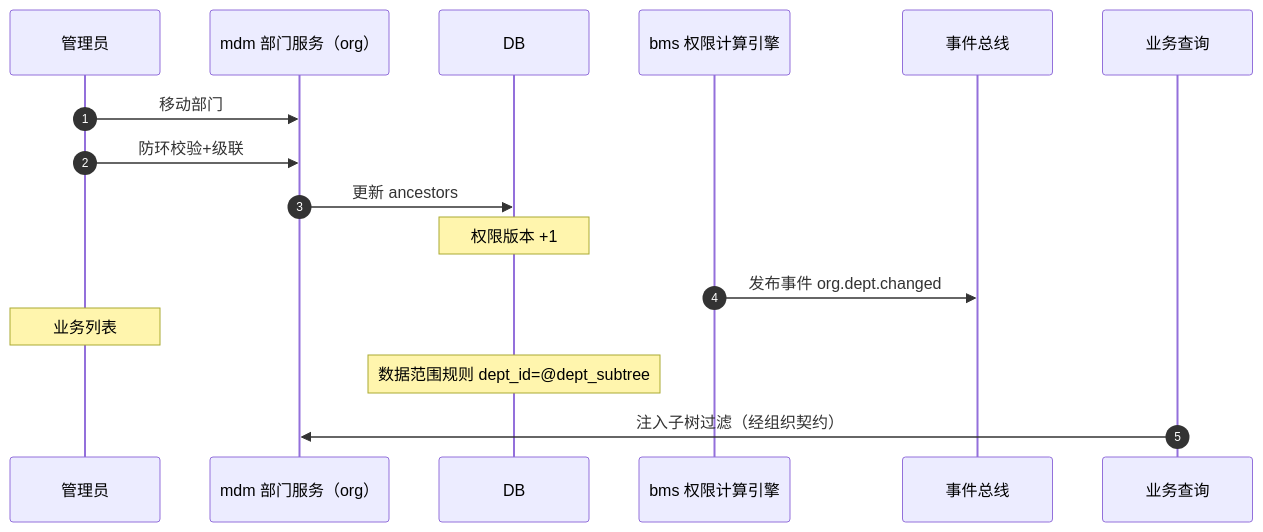
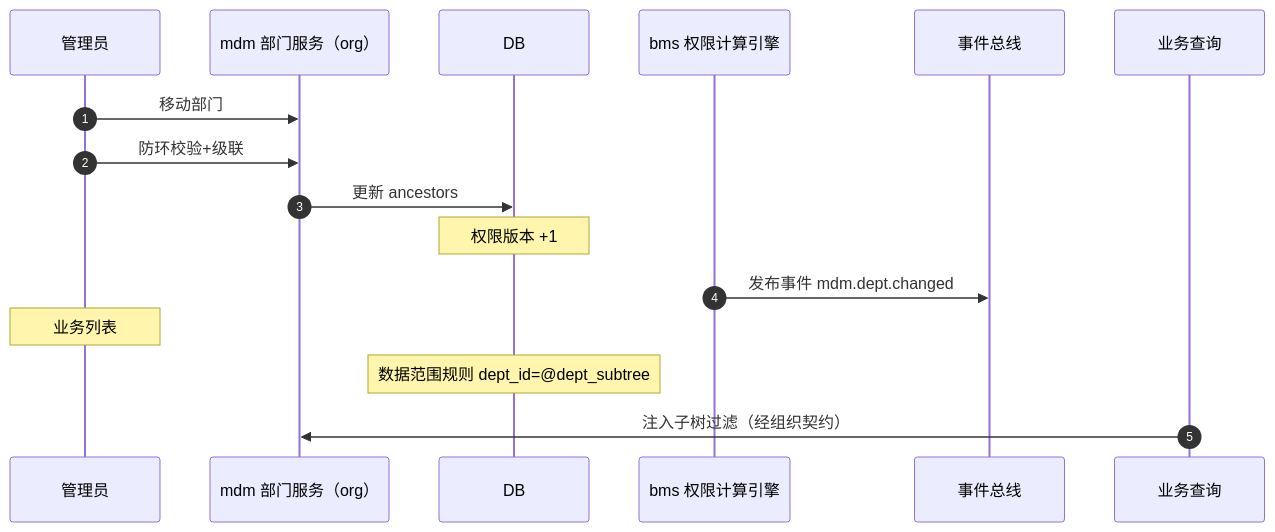
The diagram in mdm文档/设计/概要设计/03_概要设计_部门管理.md (minjian123/master-data-management), drawn with Mermaid before and after one commit. The commit also changed other lines of this file and 57 other files, not shown here.

````diff
--- a/mdm文档/设计/概要设计/03_概要设计_部门管理.md
+++ b/mdm文档/设计/概要设计/03_概要设计_部门管理.md
@@ -50,19 +50,19 @@
 ```mermaid
 sequenceDiagram
     autonumber
     participant 管理员
     participant 部门服务 as mdm 部门服务（org）
     participant DB
     participant 权限计算引擎 as bms 权限计算引擎
     participant 事件总线
     participant 业务查询
 
     管理员->>部门服务: 移动部门
     管理员->>部门服务: 防环校验+级联
     部门服务->>DB: 更新 ancestors
     Note over DB: 权限版本 +1
-    权限计算引擎->>事件总线: 发布事件 org.dept.changed
+    权限计算引擎->>事件总线: 发布事件 mdm.dept.changed
     Note over 管理员: 业务列表
     Note over DB: 数据范围规则 dept_id=@dept_subtree
     业务查询->>部门服务: 注入子树过滤（经组织契约）
 ```
````
